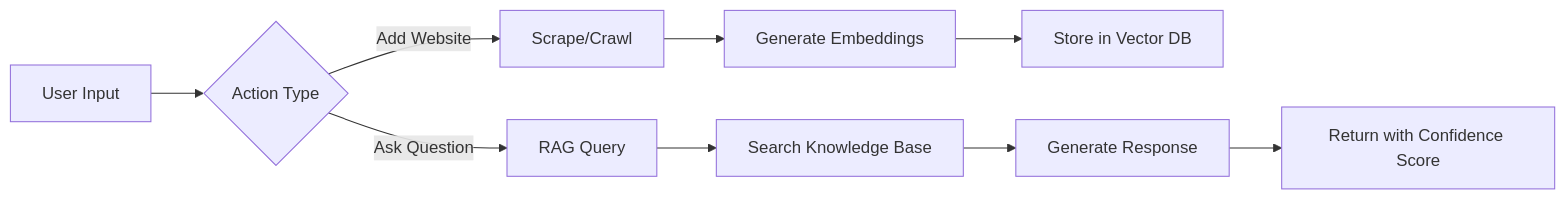
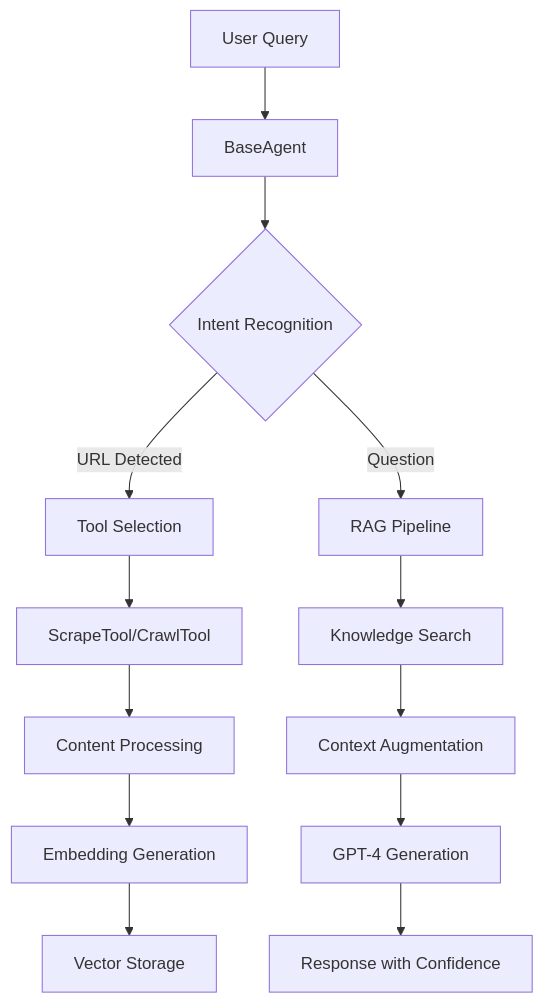
The diagram in README.md (afoxnyc3/website-rag-agent), drawn with Mermaid before and after one commit. The commit also changed other lines of this file and 6 other files, not shown here.

````diff
--- a/README.md
+++ b/README.md
@@ -11,11 +26,15 @@
 ```mermaid
-graph LR
-    A[User Input] --> B{Action Type}
-    B -->|Add Website| C[Scrape/Crawl]
-    B -->|Ask Question| D[RAG Query]
-    C --> E[Generate Embeddings]
-    E --> F[Store in Vector DB]
-    D --> G[Search Knowledge Base]
-    G --> H[Generate Response]
-    H --> I[Return with Confidence Score]
+graph TB
+    A[User Query] --> B[BaseAgent]
+    B --> C{Intent Recognition}
+    C -->|URL Detected| D[Tool Selection]
+    C -->|Question| E[RAG Pipeline]
+    D --> F[ScrapeTool/CrawlTool]
+    F --> G[Content Processing]
+    G --> H[Embedding Generation]
+    H --> I[Vector Storage]
+    E --> J[Knowledge Search]
+    J --> K[Context Augmentation]
+    K --> L[GPT-4 Generation]
+    L --> M[Response with Confidence]
 ```
````
